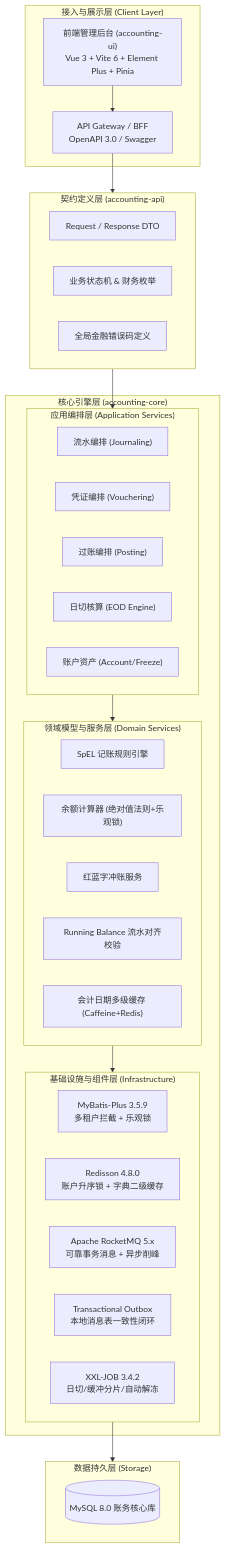
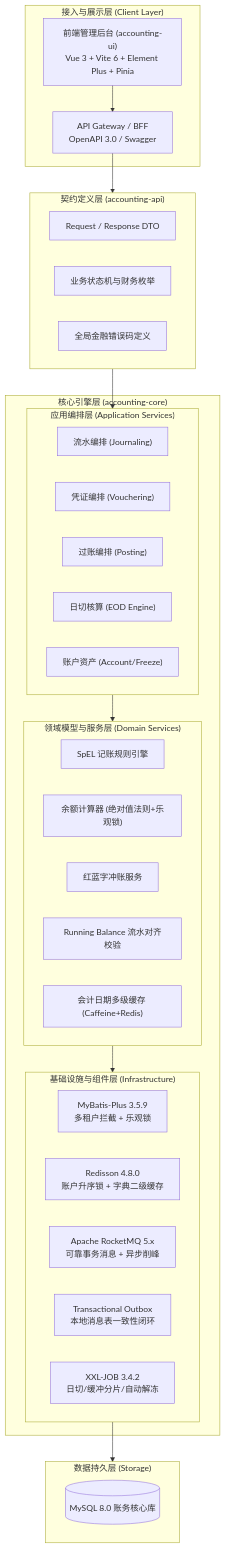
Before and after one commit to KayCheung/accounting: the first of 2 diagrams in README.md, drawn with Mermaid. The commit also changed 1 other file, not shown here.

Commit message:
docs: 修复中英文 README 的 Mermaid 语法与锚点兼容性

````diff
--- a/README.md
+++ b/README.md
@@ -82,50 +82,50 @@
 ```mermaid
 flowchart TD
     subgraph Client["接入与展示层 (Client Layer)"]
         UI["前端管理后台 (accounting-ui)<br/>Vue 3 + Vite 6 + Element Plus + Pinia"]
         GW["API Gateway / BFF<br/>OpenAPI 3.0 / Swagger"]
     end
 
     subgraph API["契约定义层 (accounting-api)"]
         DTO["Request / Response DTO"]
-        ENUM["业务状态机 & 财务枚举"]
+        ENUM["业务状态机与财务枚举"]
         ERR["全局金融错误码定义"]
     end
 
     subgraph Core["核心引擎层 (accounting-core)"]
         subgraph App["应用编排层 (Application Services)"]
             APP_JRN["流水编排 (Journaling)"]
             APP_VOU["凭证编排 (Vouchering)"]
             APP_POS["过账编排 (Posting)"]
             APP_EOD["日切核算 (EOD Engine)"]
             APP_ACT["账户资产 (Account/Freeze)"]
         end
 
         subgraph Domain["领域模型与服务层 (Domain Services)"]
             DOM_RULE["SpEL 记账规则引擎"]
             DOM_CALC["余额计算器 (绝对值法则+乐观锁)"]
             DOM_REV["红蓝字冲账服务"]
             DOM_RUN["Running Balance 流水对齐校验"]
             DOM_CACHE["会计日期多级缓存 (Caffeine+Redis)"]
         end
 
         subgraph Infra["基础设施与组件层 (Infrastructure)"]
             MYBATIS["MyBatis-Plus 3.5.9<br/>多租户拦截 + 乐观锁"]
             REDISSON["Redisson 4.8.0<br/>账户升序锁 + 字典二级缓存"]
             ROCKETMQ["Apache RocketMQ 5.x<br/>可靠事务消息 + 异步削峰"]
             OUTBOX["Transactional Outbox<br/>本地消息表一致性闭环"]
             XXLJOB["XXL-JOB 3.4.2<br/>日切/缓冲分片/自动解冻"]
         end
     end
 
     subgraph DB["数据持久层 (Storage)"]
         MYSQL[(MySQL 8.0 账务核心库)]
     end
 
     UI --> GW
     GW --> API
     API --> App
     App --> Domain
     Domain --> Infra
     Infra --> DB
 ```
````
